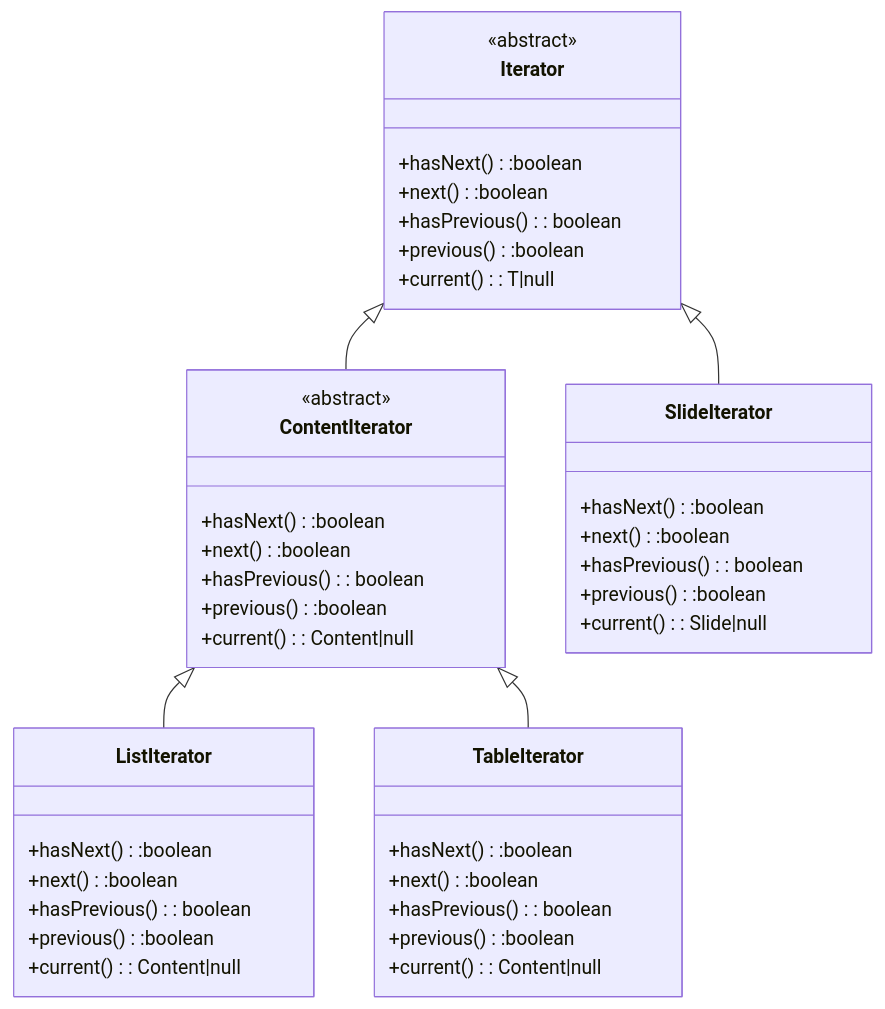
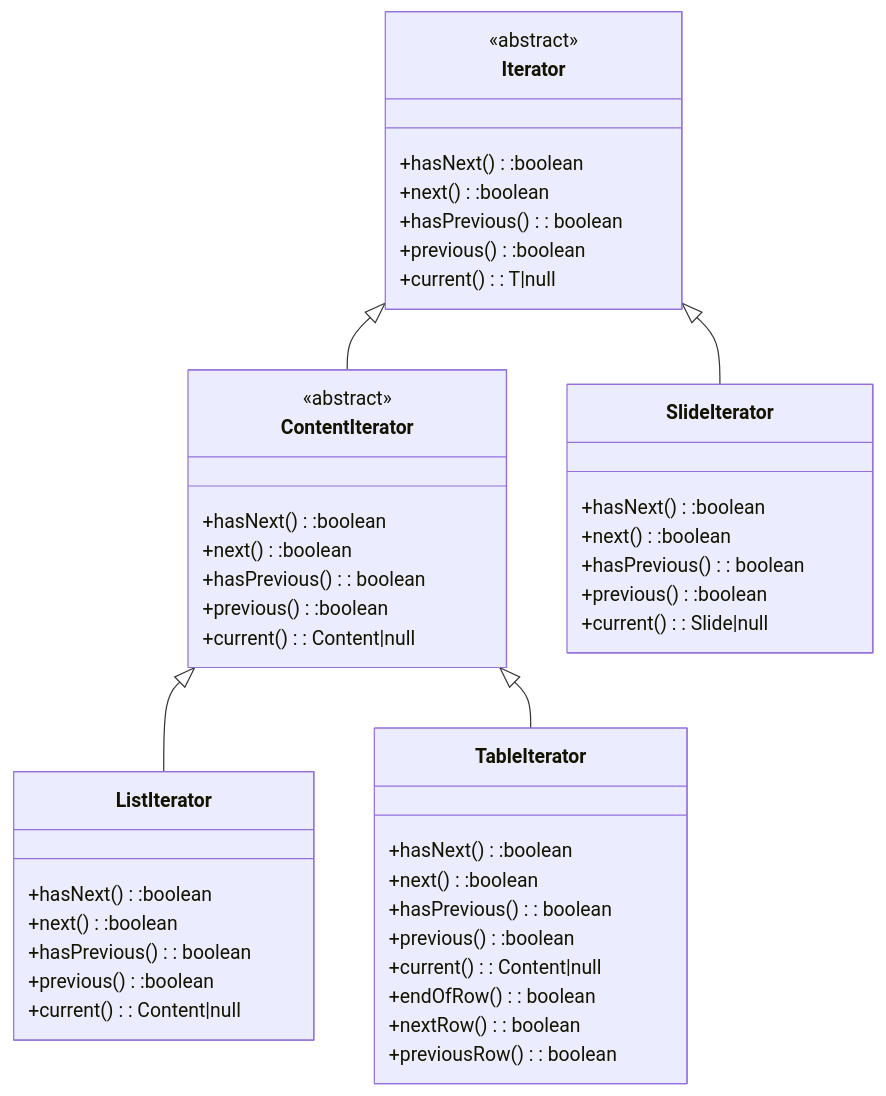
Before and after one commit to Borrelhapje/design-for-change: the third of 4 diagrams in domaindesign.md, drawn with Mermaid. The commit also changed other lines of this file, not shown here.

````diff
--- a/domaindesign.md
+++ b/domaindesign.md
@@ -132,45 +130,48 @@
 ```mermaid
 classDiagram
 class Iterator{
   <<abstract>>
   +hasNext():boolean
   +next():boolean
   +hasPrevious(): boolean
   +previous():boolean
   +current(): T|null
 }
 class ContentIterator{
   <<abstract>>
   +hasNext():boolean
   +next():boolean
   +hasPrevious(): boolean
   +previous():boolean
   +current(): Content|null
 }
 class ListIterator {
   +hasNext():boolean
   +next():boolean
   +hasPrevious(): boolean
   +previous():boolean
   +current(): Content|null
 }
 class TableIterator {
   +hasNext():boolean
   +next():boolean
   +hasPrevious(): boolean
   +previous():boolean
   +current(): Content|null
+  +endOfRow(): boolean
+  +nextRow(): boolean
+  +previousRow(): boolean
 }
 class SlideIterator {
   +hasNext():boolean
   +next():boolean
   +hasPrevious(): boolean
   +previous():boolean
   +current(): Slide|null
 }
 
     Iterator <|-- SlideIterator
     Iterator <|-- ContentIterator
     ContentIterator <|-- ListIterator
     ContentIterator <|-- TableIterator
 ```
````
